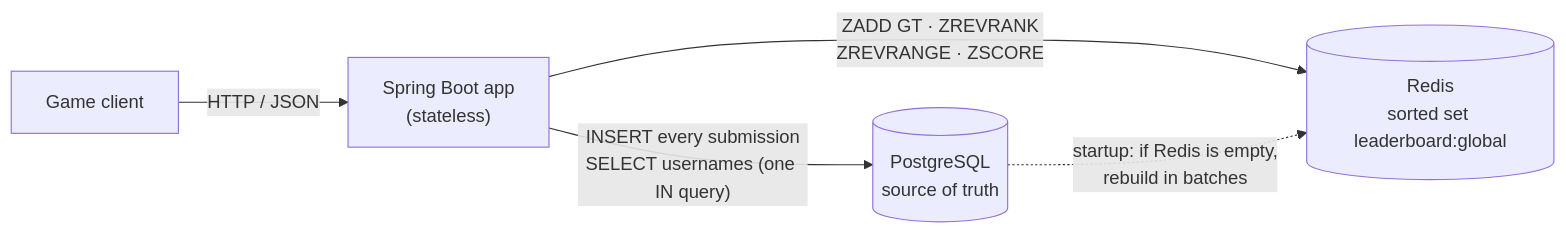
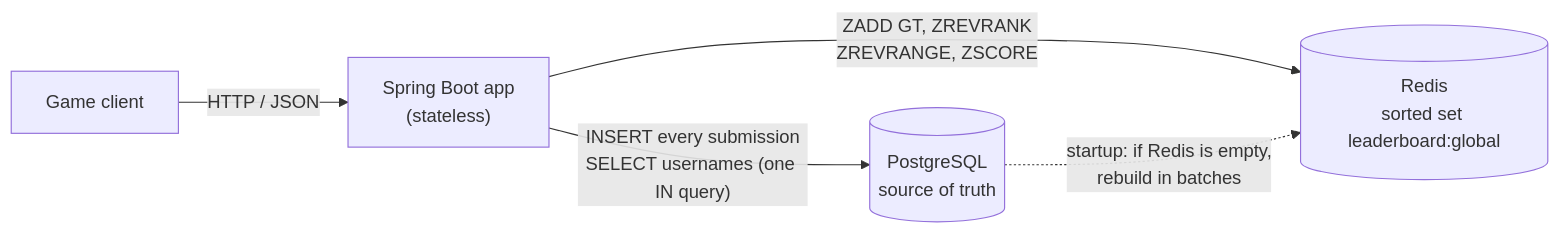
The diagram in README.md (ecekaptan/leaderboard-service), drawn with Mermaid before and after one commit. The commit also changed other lines of this file and 1 other file, not shown here.

````diff
--- a/README.md
+++ b/README.md
@@ -17,7 +16,7 @@
 ```mermaid
 flowchart LR
     client["Game client"] -->|"HTTP / JSON"| app["Spring Boot app<br/>(stateless)"]
     app -->|"INSERT every submission<br/>SELECT usernames (one IN query)"| pg[("PostgreSQL<br/>source of truth")]
-    app -->|"ZADD GT · ZREVRANK<br/>ZREVRANGE · ZSCORE"| redis[("Redis<br/>sorted set leaderboard:global")]
+    app -->|"ZADD GT, ZREVRANK<br/>ZREVRANGE, ZSCORE"| redis[("Redis<br/>sorted set leaderboard:global")]
     pg -. "startup: if Redis is empty,<br/>rebuild in batches" .-> redis
 ```
````
